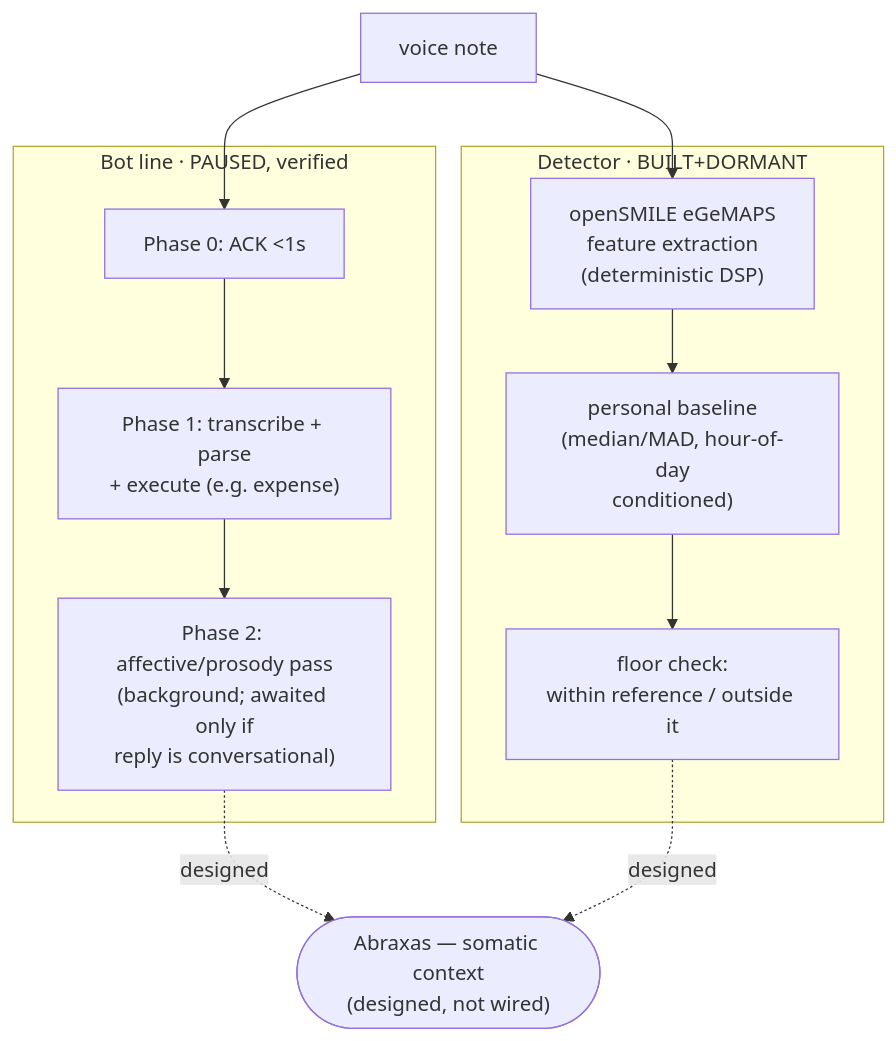
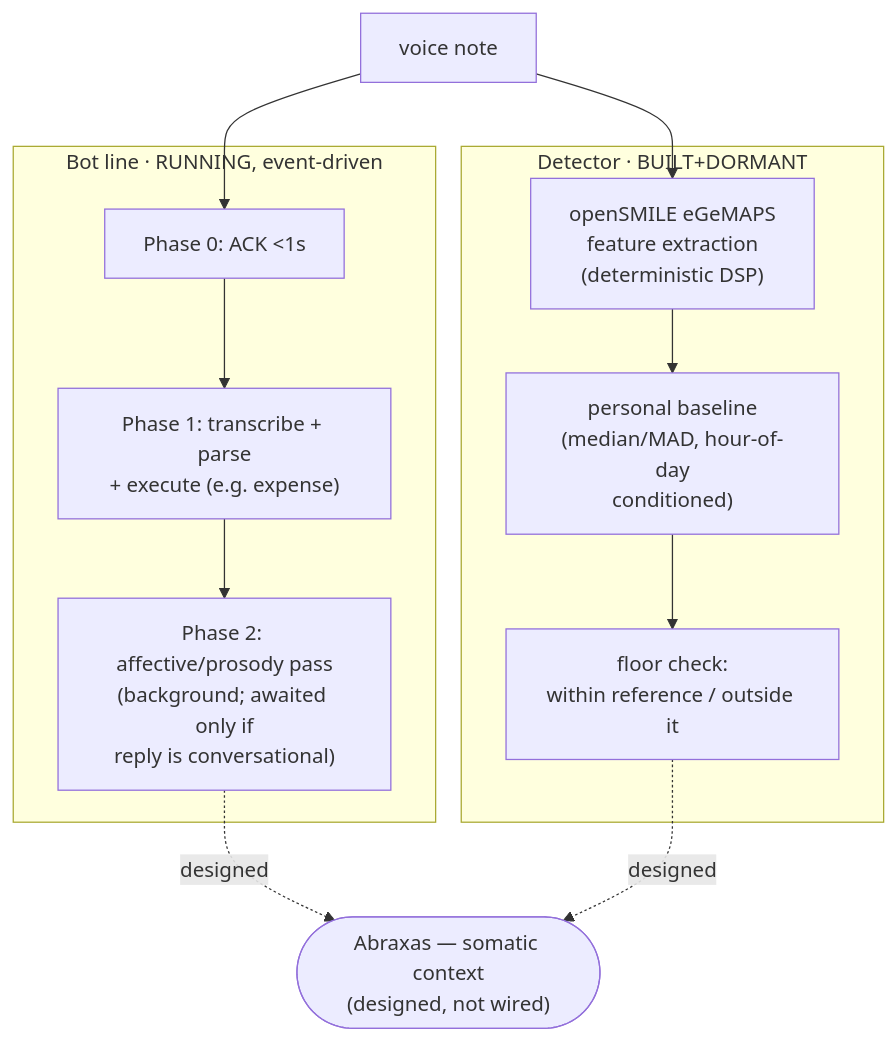
Before and after one commit to biknoff/losveri-systems: the diagram in council/fred/README.md, drawn with Mermaid. The commit also changed other lines of this file and 5 other files, not shown here.

Commit message:
enrich: fred bot corrected PAUSED->RUNNING (real launchd + log evidence through 08-30); real prosody schema depth, values redacted (architect-audited)

````diff
--- a/council/fred/README.md
+++ b/council/fred/README.md
@@ -24,25 +26,25 @@
 ```mermaid
 flowchart TD
     VN["voice note"]
 
-    subgraph BOT["Bot line · PAUSED, verified"]
+    subgraph BOT["Bot line · RUNNING, event-driven"]
         B0["Phase 0: ACK <1s"]
         B1["Phase 1: transcribe + parse\n+ execute (e.g. expense)"]
         B2["Phase 2: affective/prosody pass\n(background; awaited only if\nreply is conversational)"]
         B0 --> B1 --> B2
     end
 
     subgraph DET["Detector · BUILT+DORMANT"]
         D1["openSMILE eGeMAPS\nfeature extraction\n(deterministic DSP)"]
         D2["personal baseline\n(median/MAD, hour-of-day\nconditioned)"]
         D3["floor check:\nwithin reference / outside it"]
         D1 --> D2 --> D3
     end
 
     ABX(["Abraxas — somatic context\n(designed, not wired)"])
 
     VN --> B0
     VN --> D1
     B2 -.->|designed| ABX
     D3 -.->|designed| ABX
 ```
````
